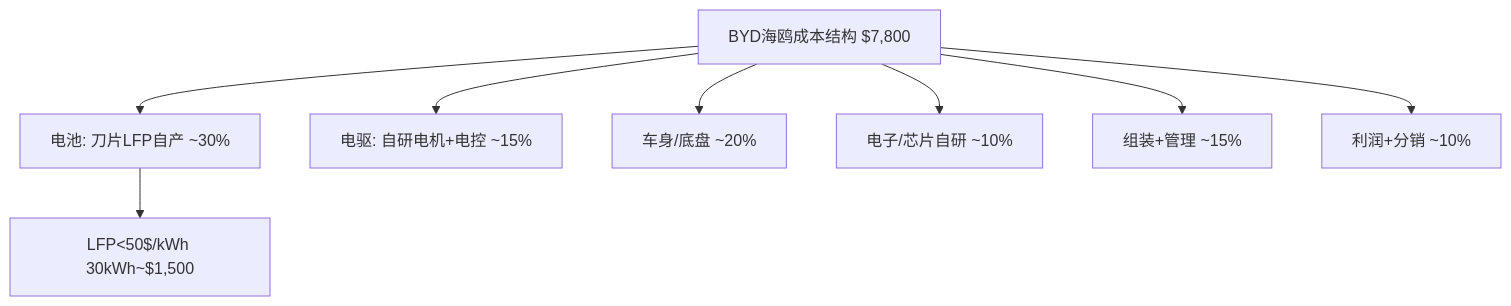
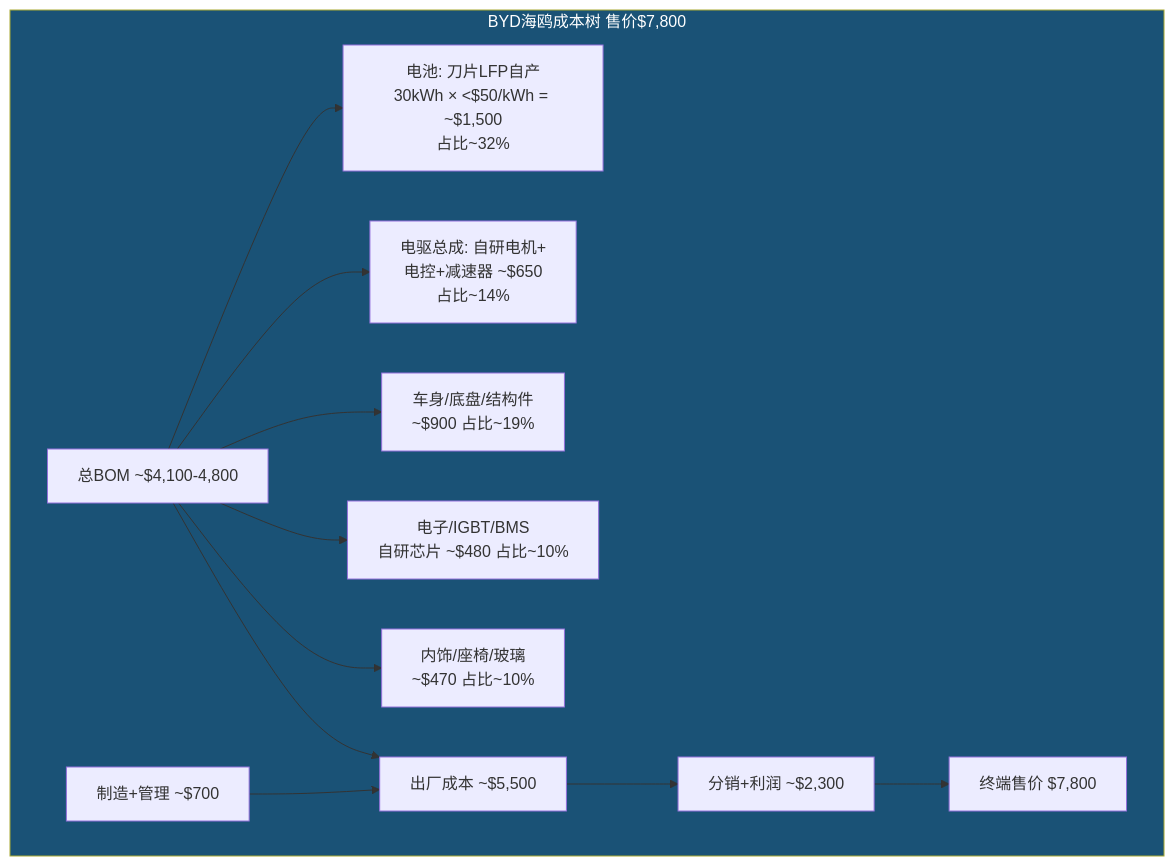
One commit to miltonnewyork25-afk/investment-master changed the second of 14 diagrams in reports/TSLA/staging/moduleC_competition.md. Above: the diagram before and after it, drawn with Mermaid. The commit also changed other lines of this file and 6 other files, not shown here.

````diff
--- a/reports/TSLA/staging/moduleC_competition.md
+++ b/reports/TSLA/staging/moduleC_competition.md
@@ -34,10 +77,15 @@
 ```mermaid
 graph TD
-    A["BYD海鸥成本结构 $7,800"] --> B["电池: 刀片LFP自产 ~30%"]
-    A --> C["电驱: 自研电机+电控 ~15%"]
-    A --> D["车身/底盘 ~20%"]
-    A --> E["电子/芯片自研 ~10%"]
-    A --> F["组装+管理 ~15%"]
-    A --> G["利润+分销 ~10%"]
-    B --> B1["LFP<50$/kWh 30kWh~$1,500"]
+    subgraph Seagull["BYD海鸥成本树 售价$7,800"]
+        A["总BOM ~$4,100-4,800"] --> B["电池: 刀片LFP自产<br/>30kWh × <$50/kWh = ~$1,500<br/>占比~32%"]
+        A --> C["电驱总成: 自研电机+<br/>电控+减速器 ~$650<br/>占比~14%"]
+        A --> D["车身/底盘/结构件<br/>~$900 占比~19%"]
+        A --> E["电子/IGBT/BMS<br/>自研芯片 ~$480 占比~10%"]
+        A --> F["内饰/座椅/玻璃<br/>~$470 占比~10%"]
+        MFG["制造+管理 ~$700"] --> TOTAL["出厂成本 ~$5,500"]
+        A --> TOTAL
+        TOTAL --> DIST["分销+利润 ~$2,300"]
+        DIST --> PRICE["终端售价 $7,800"]
+    end
+    style Seagull fill:#1a5276,color:#fff
 ```
````
